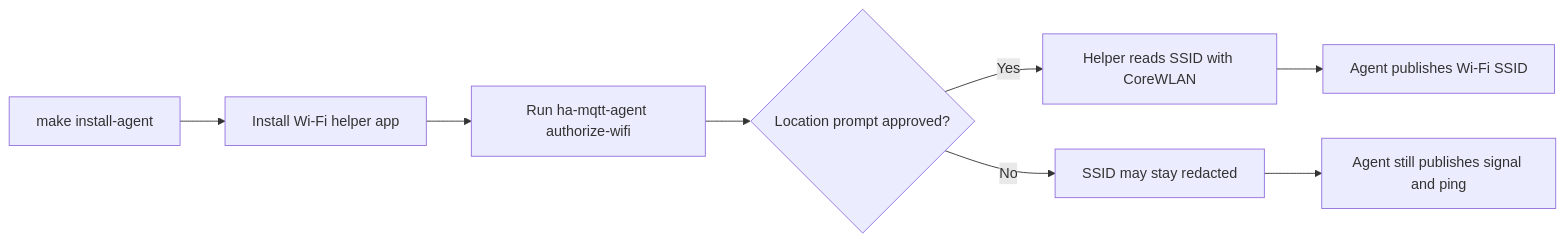
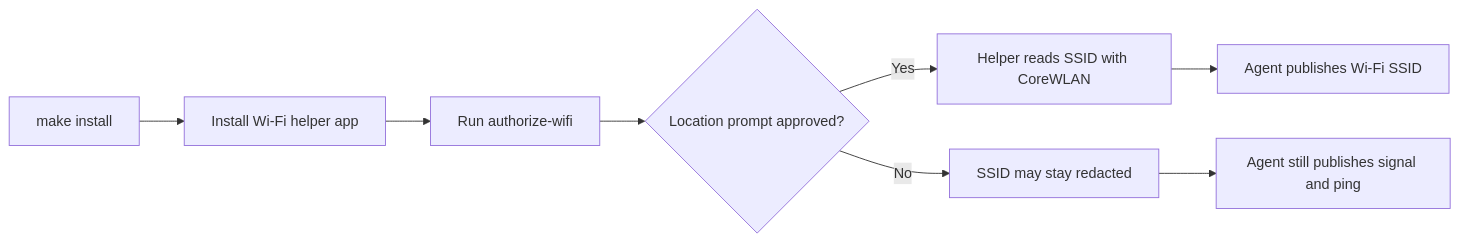
Before and after one commit to marcomc/ha-mqtt-agent: the second of 2 diagrams in docs/home-assistant-setup.md, drawn with Mermaid. The commit also changed other lines of this file and 11 other files, not shown here.

````diff
--- a/docs/home-assistant-setup.md
+++ b/docs/home-assistant-setup.md
@@ -282,12 +286,12 @@
 ```mermaid
 flowchart LR
   accTitle: Wi-Fi SSID authorization flow
   accDescr: Shows how the helper gains Location permission and feeds SSID telemetry.
-  install["make install-agent"] --> helper["Install Wi-Fi helper app"]
-  helper --> command["Run ha-mqtt-agent authorize-wifi"]
+  install["make install"] --> helper["Install Wi-Fi helper app"]
+  helper --> command["Run authorize-wifi"]
   command --> prompt{"Location prompt approved?"}
   prompt -->|Yes| corewlan["Helper reads SSID with CoreWLAN"]
   prompt -->|No| redacted["SSID may stay redacted"]
   corewlan --> publish["Agent publishes Wi-Fi SSID"]
   redacted --> signal["Agent still publishes signal and ping"]
 ```
````
